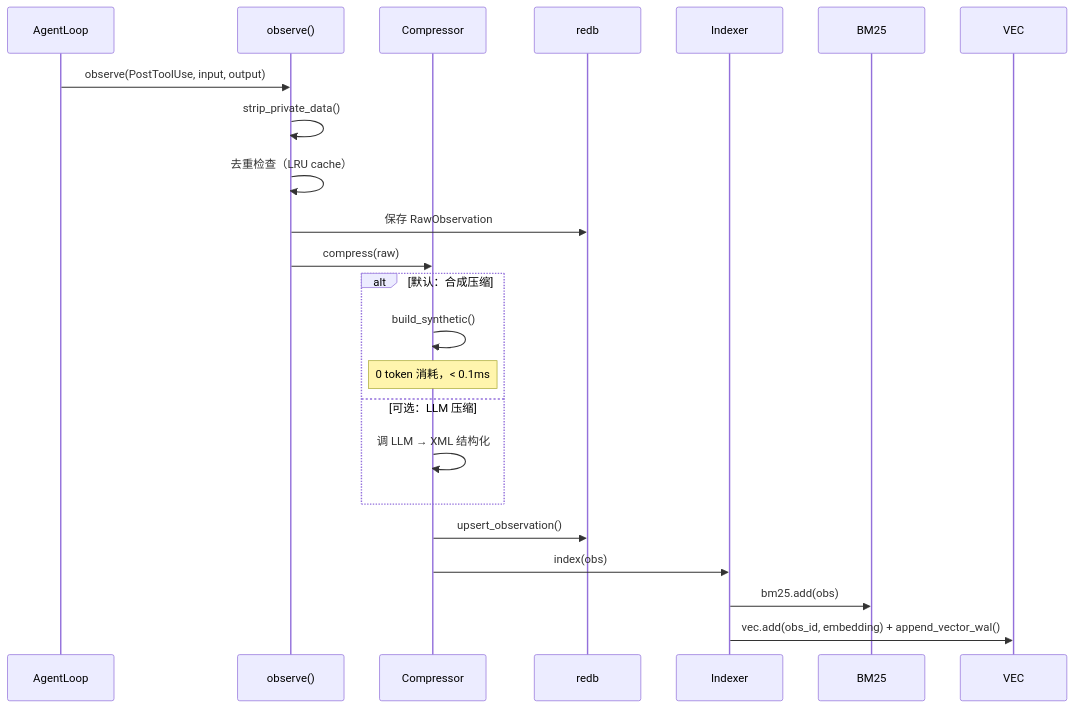
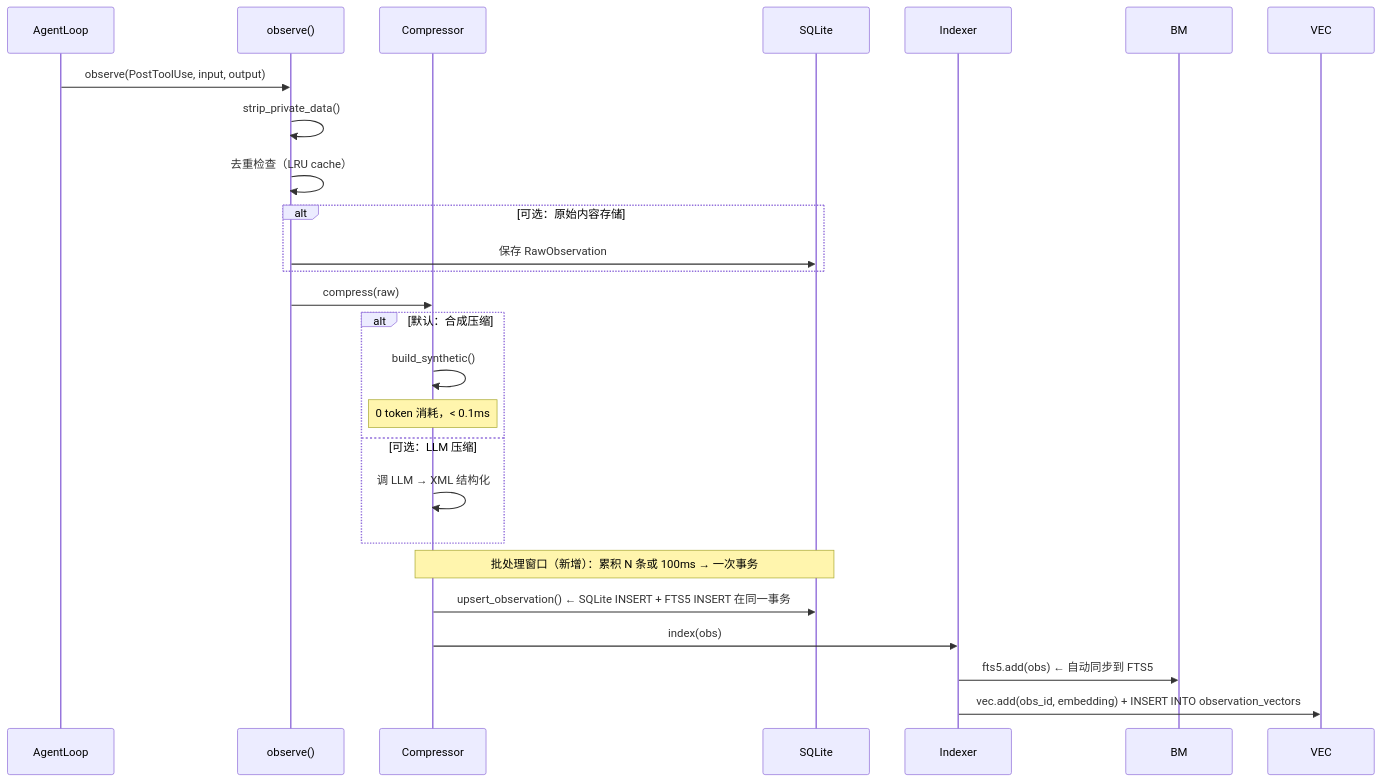
One commit to imxood/qianxun changed the second of 2 diagrams in docs/memory-design.md. Above: the diagram before and after it, drawn with Mermaid. The commit also changed other lines of this file and 51 other files, not shown here.

````diff
--- a/docs/memory-design.md
+++ b/docs/memory-design.md
@@ -284,26 +506,31 @@
 ```mermaid
 sequenceDiagram
     participant AL as AgentLoop
     participant OB as observe()
     participant CP as Compressor
-    participant DB as redb
+    participant DB as SQLite
     participant IX as Indexer
 
     AL->>OB: observe(PostToolUse, input, output)
     OB->>OB: strip_private_data()
     OB->>OB: 去重检查（LRU cache）
-    OB->>DB: 保存 RawObservation
+    
+    alt 可选：原始内容存储
+        OB->>DB: 保存 RawObservation
+    end
+    
     OB->>CP: compress(raw)
 
     alt 默认：合成压缩
         CP->>CP: build_synthetic()
         Note over CP: 0 token 消耗，< 0.1ms
     else 可选：LLM 压缩
         CP->>CP: 调 LLM → XML 结构化
     end
 
-    CP->>DB: upsert_observation()
+    Note over CP, DB: 批处理窗口（新增）：累积 N 条或 100ms → 一次事务
+    CP->>DB: upsert_observation() ← SQLite INSERT + FTS5 INSERT 在同一事务
     CP->>IX: index(obs)
-    IX->>BM25: bm25.add(obs)
-    IX->>VEC: vec.add(obs_id, embedding) + append_vector_wal()
+    IX->>BM: fts5.add(obs)         ← 自动同步到 FTS5
+    IX->>VEC: vec.add(obs_id, embedding) + INSERT INTO observation_vectors
 ```
````
